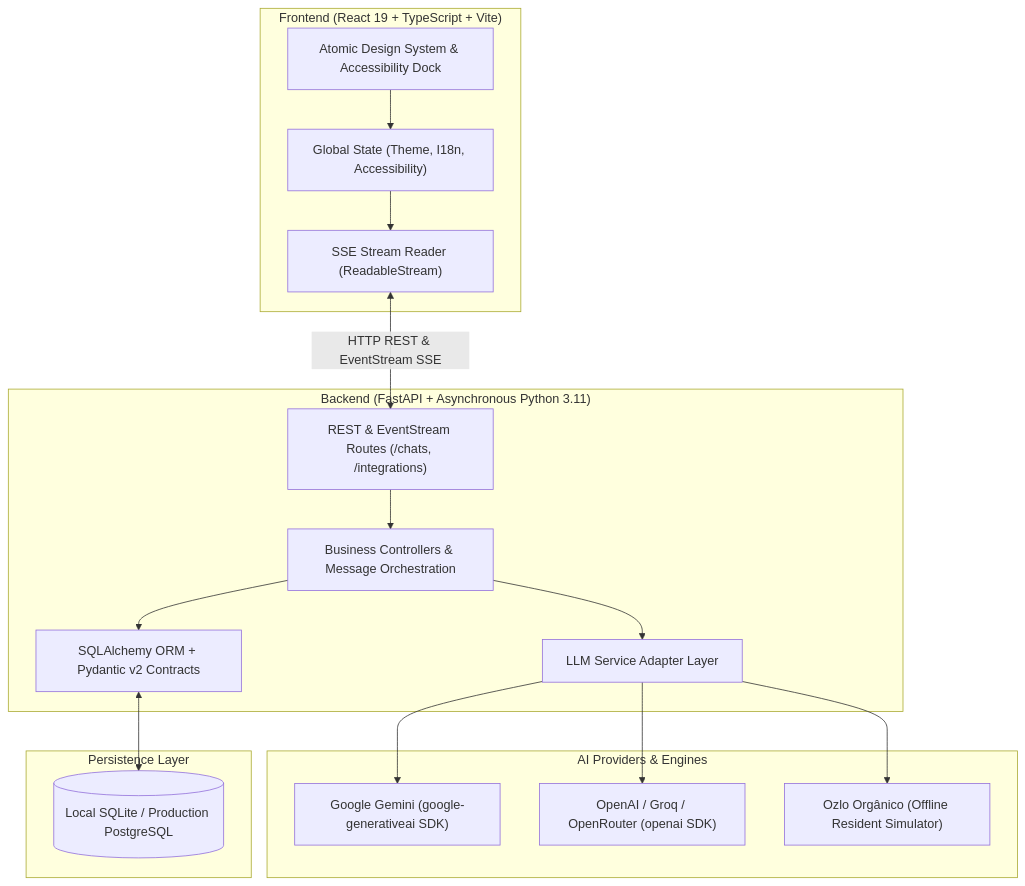
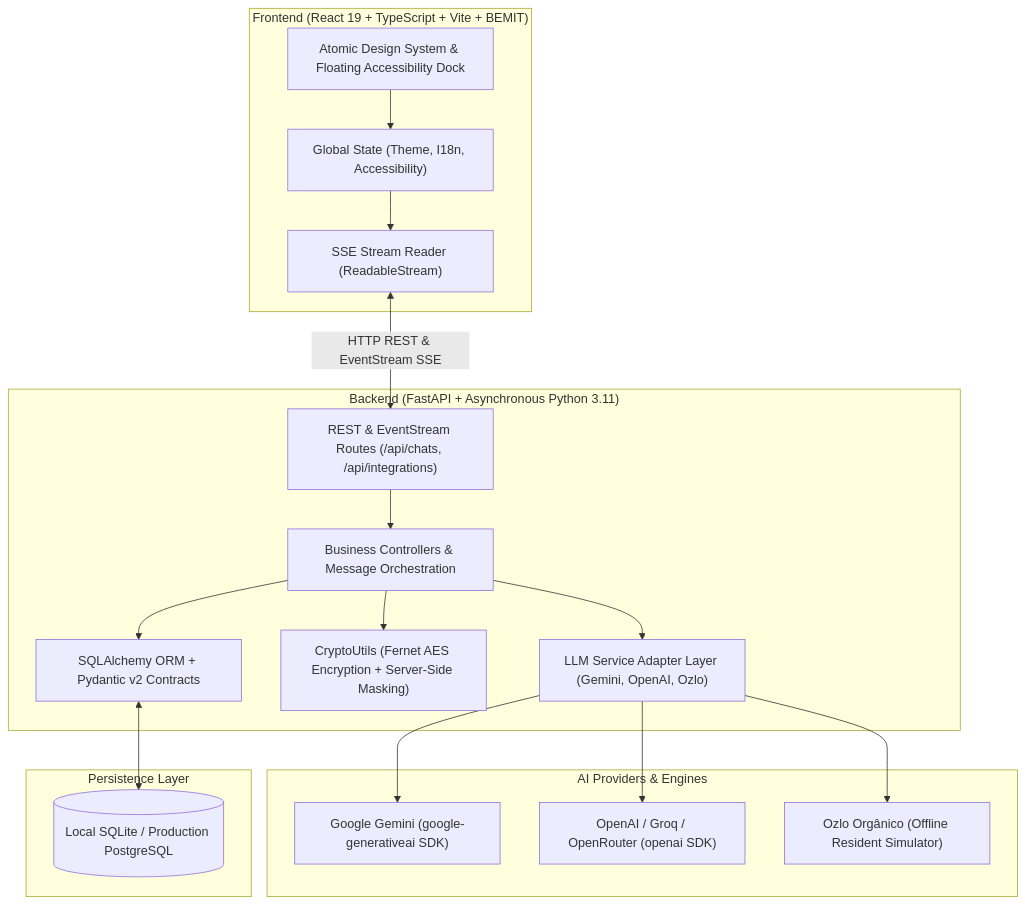
Before and after one commit to Filipiss/chatbot-ia: the diagram in README_EN.md, drawn with Mermaid. The commit also changed other lines of this file and 1 other file, not shown here.

Commit message:
docs: update READMEs with BEMIT architecture, zero-leakage security, and deployment guides

````diff
--- a/README_EN.md
+++ b/README_EN.md
@@ -76,36 +83,38 @@
 ```mermaid
 graph TD
-    subgraph Client ["Frontend (React 19 + TypeScript + Vite)"]
-        UI["Atomic Design System & Accessibility Dock"]
+    subgraph Client ["Frontend (React 19 + TypeScript + Vite + BEMIT)"]
+        UI["Atomic Design System & Floating Accessibility Dock"]
         Contexts["Global State (Theme, I18n, Accessibility)"]
         SSEConsumer["SSE Stream Reader (ReadableStream)"]
     end
 
     subgraph Server ["Backend (FastAPI + Asynchronous Python 3.11)"]
-        Endpoints["REST & EventStream Routes (/chats, /integrations)"]
+        Endpoints["REST & EventStream Routes (/api/chats, /api/integrations)"]
         Controller["Business Controllers & Message Orchestration"]
-        Adapters["LLM Service Adapter Layer"]
+        Adapters["LLM Service Adapter Layer (Gemini, OpenAI, Ozlo)"]
+        Security["CryptoUtils (Fernet AES Encryption + Server-Side Masking)"]
         DataLayer["SQLAlchemy ORM + Pydantic v2 Contracts"]
     end
 
     subgraph Providers ["AI Providers & Engines"]
         Gemini["Google Gemini (google-generativeai SDK)"]
         OpenAI["OpenAI / Groq / OpenRouter (openai SDK)"]
         Ozlo["Ozlo Orgânico (Offline Resident Simulator)"]
     end
 
     subgraph Storage ["Persistence Layer"]
         DB[(Local SQLite / Production PostgreSQL)]
     end
 
     UI --> Contexts
     Contexts --> SSEConsumer
     SSEConsumer <-->|HTTP REST & EventStream SSE| Endpoints
     Endpoints --> Controller
+    Controller --> Security
     Controller --> Adapters
     Controller --> DataLayer
     Adapters --> Gemini
     Adapters --> OpenAI
     Adapters --> Ozlo
     DataLayer <--> DB
 ```
````
